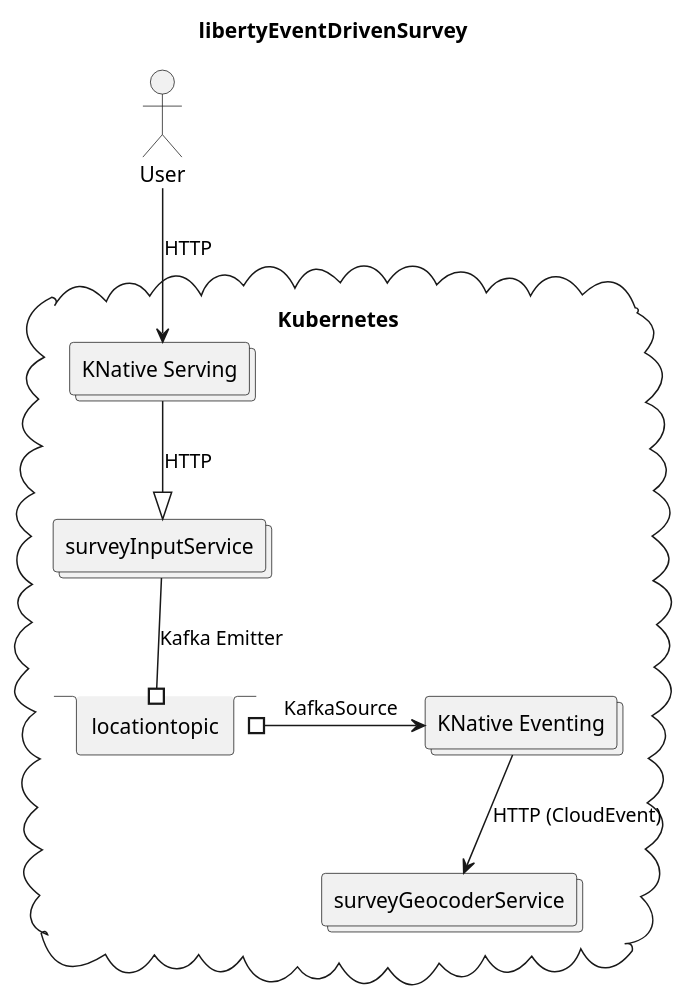
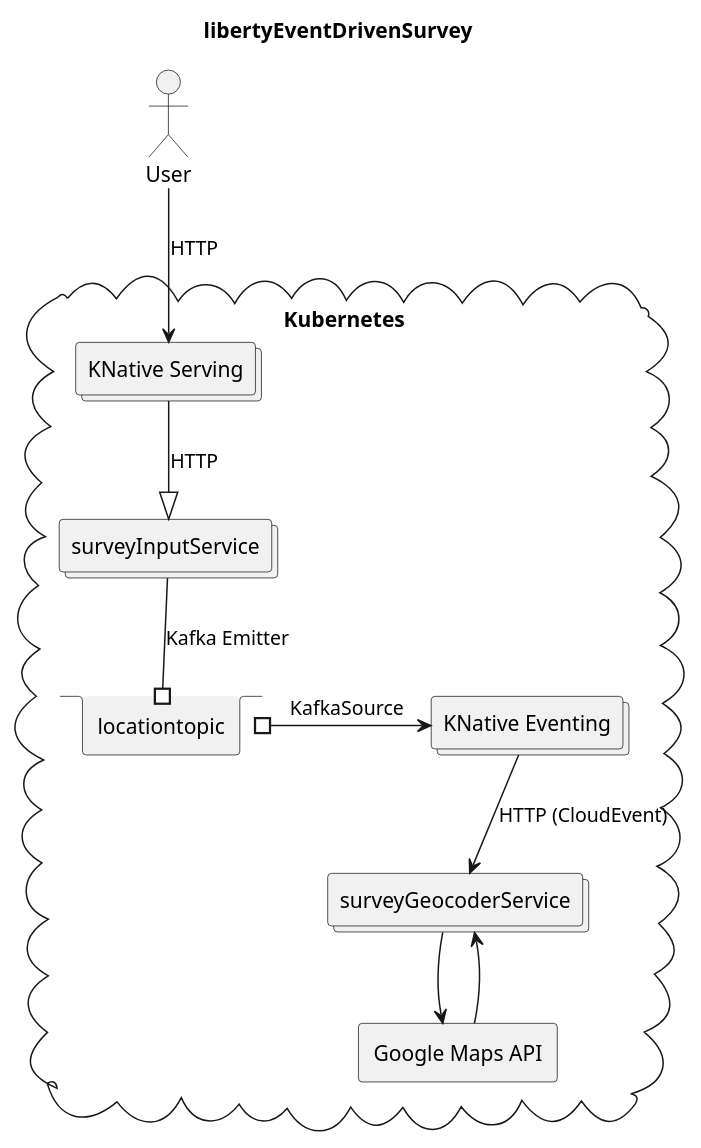
One commit to IBM/libertyEventDrivenSurvey changed the diagram in doc/libertyEventDrivenSurvey-location.plantuml. Above: the diagram before and after it, drawn with PlantUML. The commit also changed 2 other files, not shown here.

Commit message:
Update architecture

```diff
--- a/doc/libertyEventDrivenSurvey-location.plantuml
+++ b/doc/libertyEventDrivenSurvey-location.plantuml
@@ -1,27 +1,30 @@
 @startuml
 
 title libertyEventDrivenSurvey
 
 skinparam monochrome true
 skinparam DefaultTextAlignment center
 scale 1.0
 
 actor user1 as "User"
 
 ' https://plantuml.com/deployment-diagram
 ' Arrows: https://plantuml.com/deployment-diagram#bb3fdb917676e9ae
 cloud kubernetes as "Kubernetes" {
   collections knativeServing1 as "KNative Serving"
   collections surveyInputService
   stack locationtopic
   collections knativeServing2 as "KNative Eventing"
   collections surveyGeocoderService
+  rectangle googleMaps as "Google Maps API"
 }
 
 user1 --> knativeServing1 : HTTP
 knativeServing1 --^ surveyInputService : HTTP
 surveyInputService --# locationtopic : Kafka Emitter
 locationtopic #-> knativeServing2 : KafkaSource
 knativeServing2 --> surveyGeocoderService : HTTP (CloudEvent)
+surveyGeocoderService --> googleMaps
+googleMaps --> surveyGeocoderService
 
 @enduml
```
